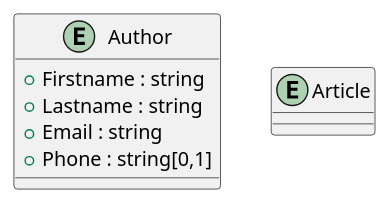
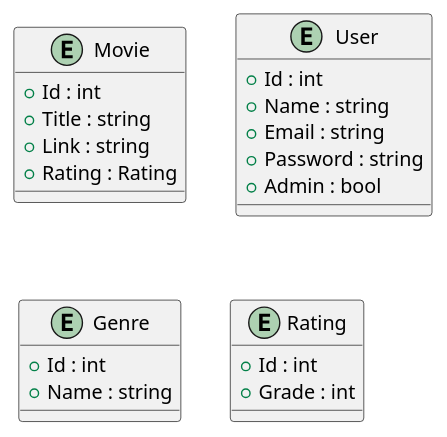
Before and after one commit to IlyaFreydkin/Triple-A: the diagram in UML/model.puml, drawn with PlantUML. The commit also changed 5 other files, not shown here.

```diff
--- a/UML/model.puml
+++ b/UML/model.puml
@@ -1,15 +1,33 @@
 @startuml "Model"
 
 
-entity Author{
-    +Firstname : string 
-    + Lastname : string
+entity Movie{
+    +Id : int 
+    + Title : string
+    +Link : string
+    + Rating : Rating
+}
+entity User{
+
+    +Id : int
+    +Name : string
     +Email : string
-    + Phone : string[0,1]
-}
-entity Article{
-
+    +Password : string
+    + Admin : bool
    
 }
 
+entity Genre{
+
++ Id : int
++ Name : string
+
+}
+
+entity Rating{
++ Id : int
++Grade : int
+
+}
+
 @enduml
```
